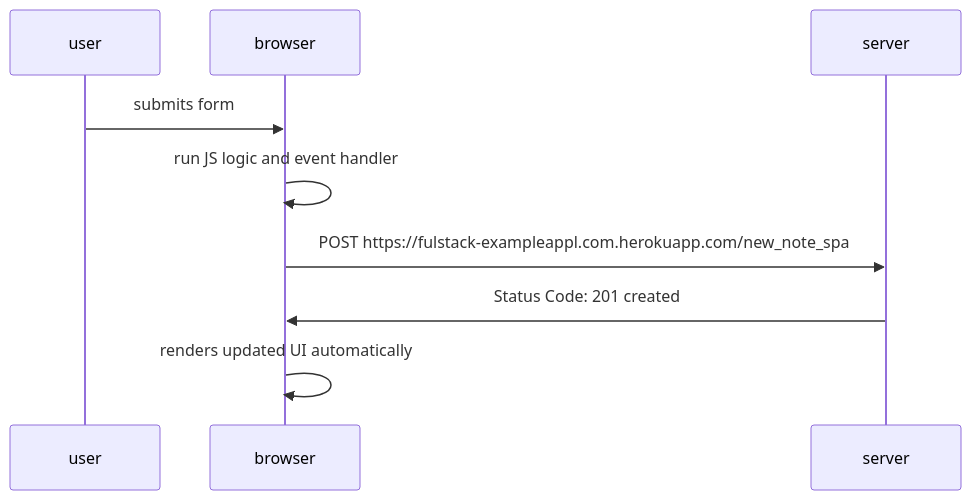
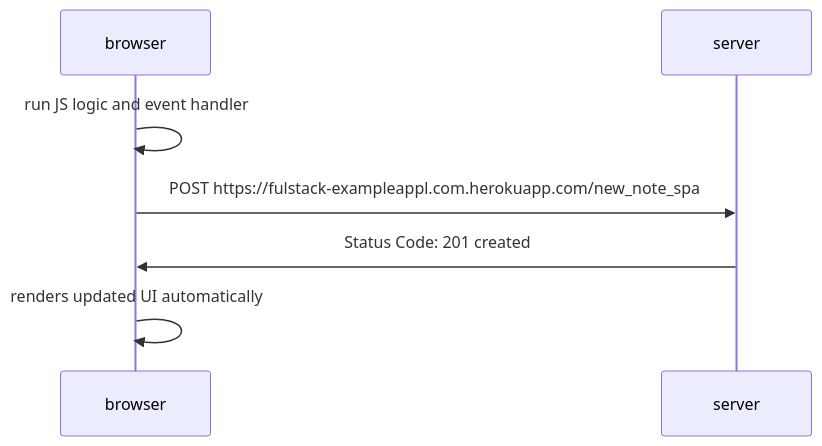
The diagram in part0/0.6.md (KyleMontiel-Berner/fullstackopen), drawn with Mermaid before and after one commit.

````diff
--- a/part0/0.6.md
+++ b/part0/0.6.md
@@ -1,12 +1,10 @@
 ```mermaid
 sequenceDiagram
-    participant user
     participant browser
     participant server
 
-    user->>browser: submits form
     browser->>browser: run JS logic and event handler
     browser->>server: POST https://fulstack-exampleappl.com.herokuapp.com/new_note_spa
     server->>browser: Status Code: 201 created
     browser->>browser: renders updated UI automatically
 ```
````
